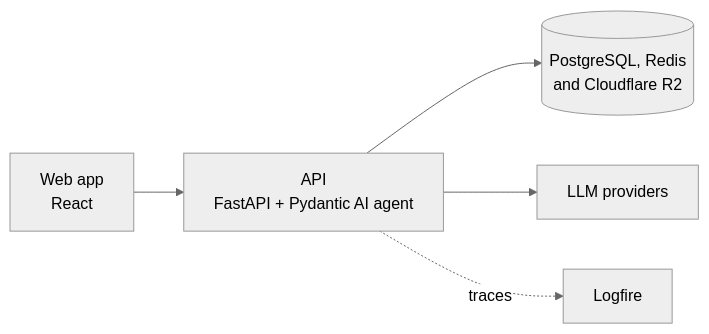
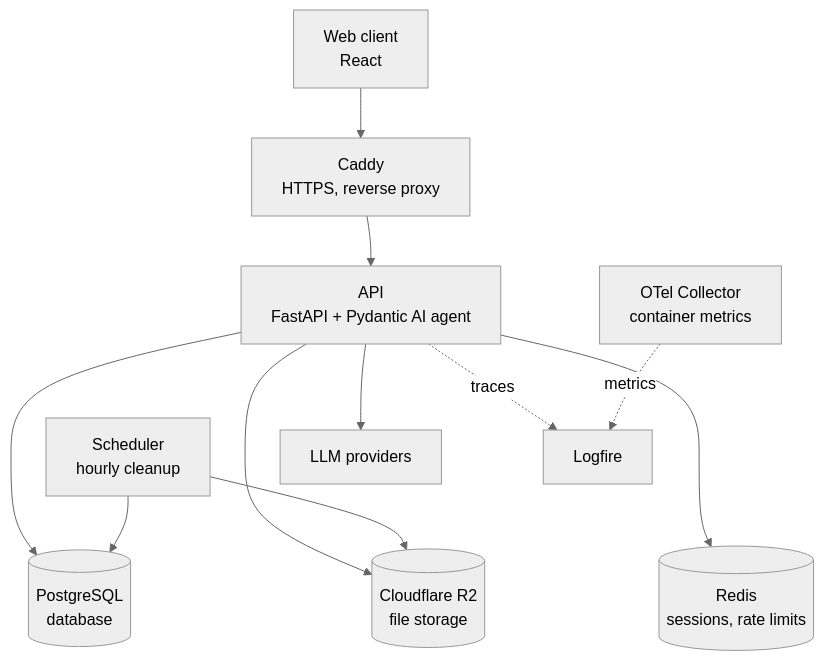
Before and after one commit to mekanbaymyradov/AI-Hub: the diagram in README.md, drawn with Mermaid (neutral theme).

Commit message:
docs(readme): lay the architecture diagram out in rows
Web client and Caddy on top, then the API, scheduler and OTel Collector,
the LLM providers and Logfire, and the data stores at the bottom.

````diff
--- a/README.md
+++ b/README.md
@@ -87,7 +87,22 @@
 ```mermaid
-flowchart LR
-    web["Web app<br/>React"] --> api["API<br/>FastAPI + Pydantic AI agent"]
-    api --> data[("PostgreSQL, Redis<br/>and Cloudflare R2")]
+flowchart TB
+    client["Web client<br/>React"] --> caddy["Caddy<br/>HTTPS, reverse proxy"]
+
+    caddy ~~~ scheduler["Scheduler<br/>hourly cleanup"]
+    caddy --> api["API<br/>FastAPI + Pydantic AI agent"]
+    caddy ~~~ collector["OTel Collector<br/>container metrics"]
+
     api --> llms["LLM providers"]
     api -. traces .-> logfire["Logfire"]
+    collector -. metrics .-> logfire
+
+    api --> postgres[("PostgreSQL<br/>database")]
+    api --> redis[("Redis<br/>sessions, rate limits")]
+    api --> r2[("Cloudflare R2<br/>file storage")]
+    scheduler --> postgres & r2
+
+    %% Keeps the data stores on the bottom row, below the external services.
+    llms ~~~ postgres
+    llms ~~~ redis
+    logfire ~~~ r2
 ```
````
